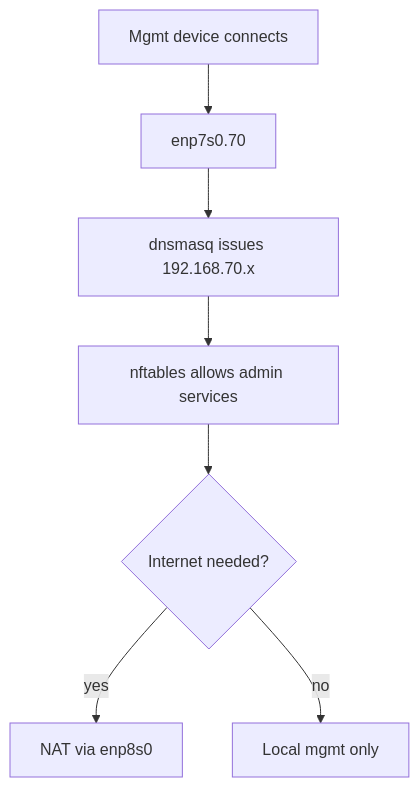
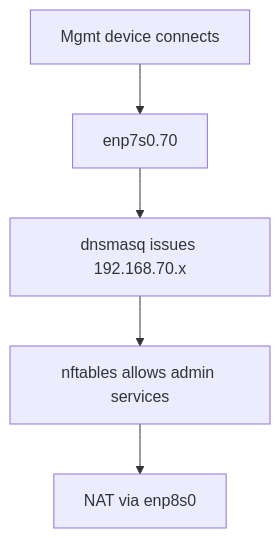
One commit to GEMISIS/home-network-setup changed the fifth of 7 diagrams in SOFTWARE.md. Above: the diagram before and after it, drawn with Mermaid. The commit also changed other lines of this file and 1 other file, not shown here.

````diff
--- a/SOFTWARE.md
+++ b/SOFTWARE.md
@@ -83,9 +101,7 @@
 ```mermaid
 flowchart TD
     A[Mgmt device connects] --> B[enp7s0.70]
     B --> C[dnsmasq issues 192.168.70.x]
     C --> D[nftables allows admin services]
-    D --> E{Internet needed?}
-    E -- yes --> F[NAT via enp8s0]
-    E -- no --> G[Local mgmt only]
+    D --> E[NAT via enp8s0]
 ```
````
